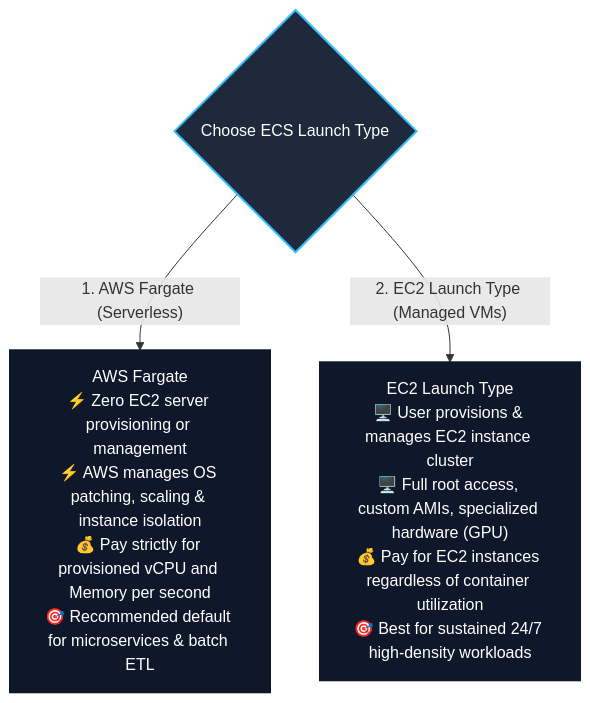
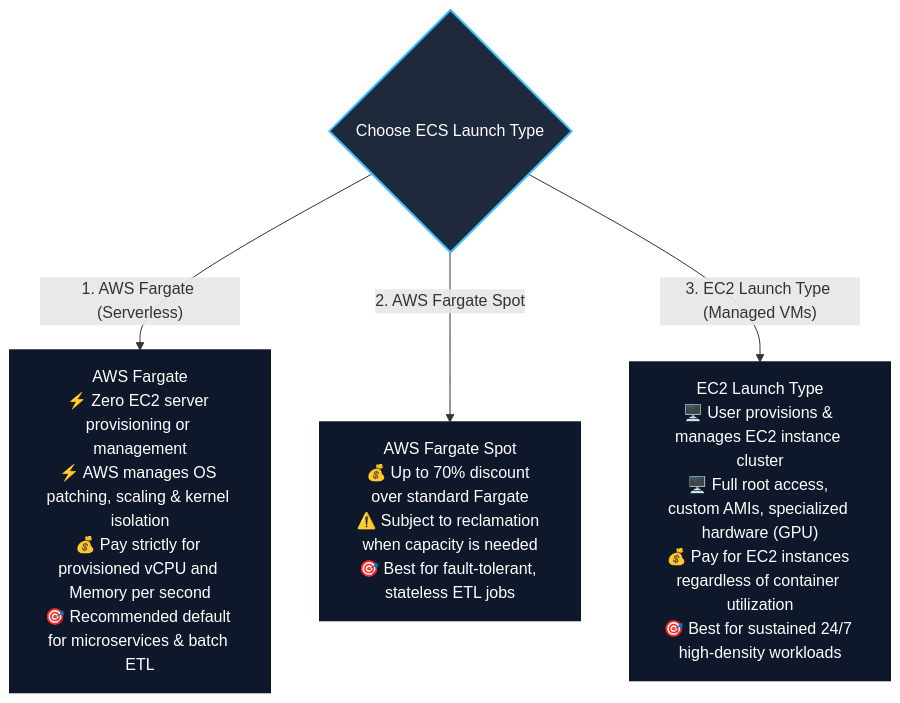
The fifth of 12 diagrams in content/02-services/compute-containers/ecr-ecs-eks.md (Wathon/aws-dea-c01-note), drawn with Mermaid before and after one commit. The commit also changed other lines of this file, not shown here.

Commit message:
feat(containers): enrich ECR, ECS, and EKS deep dive with comprehensive architecture, IAM role separation, storage CSI drivers, and EMR on EKS

````diff
--- a/content/02-services/compute-containers/ecr-ecs-eks.md
+++ b/content/02-services/compute-containers/ecr-ecs-eks.md
@@ -143,14 +264,16 @@
 ```mermaid
 graph TD
     LaunchChoice{Choose ECS Launch Type}
 
-    LaunchChoice -->|"1. AWS Fargate (Serverless)"| Fargate["AWS Fargate<br/>⚡ Zero EC2 server provisioning or management<br/>⚡ AWS manages OS patching, scaling & instance isolation<br/>💰 Pay strictly for provisioned vCPU and Memory per second<br/>🎯 Recommended default for microservices & batch ETL"]
+    LaunchChoice -->|"1. AWS Fargate (Serverless)"| Fargate["AWS Fargate<br/>⚡ Zero EC2 server provisioning or management<br/>⚡ AWS manages OS patching, scaling & kernel isolation<br/>💰 Pay strictly for provisioned vCPU and Memory per second<br/>🎯 Recommended default for microservices & batch ETL"]
 
-    LaunchChoice -->|"2. EC2 Launch Type (Managed VMs)"| EC2Launch["EC2 Launch Type<br/>🖥️ User provisions & manages EC2 instance cluster<br/>🖥️ Full root access, custom AMIs, specialized hardware (GPU)<br/>💰 Pay for EC2 instances regardless of container utilization<br/>🎯 Best for sustained 24/7 high-density workloads"]
+    LaunchChoice -->|"2. AWS Fargate Spot"| FargateSpot["AWS Fargate Spot<br/>💰 Up to 70% discount over standard Fargate<br/>⚠️ Subject to reclamation when capacity is needed<br/>🎯 Best for fault-tolerant, stateless ETL jobs"]
+
+    LaunchChoice -->|"3. EC2 Launch Type (Managed VMs)"| EC2Launch["EC2 Launch Type<br/>🖥️ User provisions & manages EC2 instance cluster<br/>🖥️ Full root access, custom AMIs, specialized hardware (GPU)<br/>💰 Pay for EC2 instances regardless of container utilization<br/>🎯 Best for sustained 24/7 high-density workloads"]
 
     classDef dec fill:#1e293b,stroke:#38bdf8,stroke-width:2px,color:#fff;
     classDef opt fill:#0f172a,stroke:#0f172a,stroke-width:2px,color:#fff;
 
     class LaunchChoice dec;
-    class Fargate,EC2Launch opt;
+    class Fargate,FargateSpot,EC2Launch opt;
 ```
````
